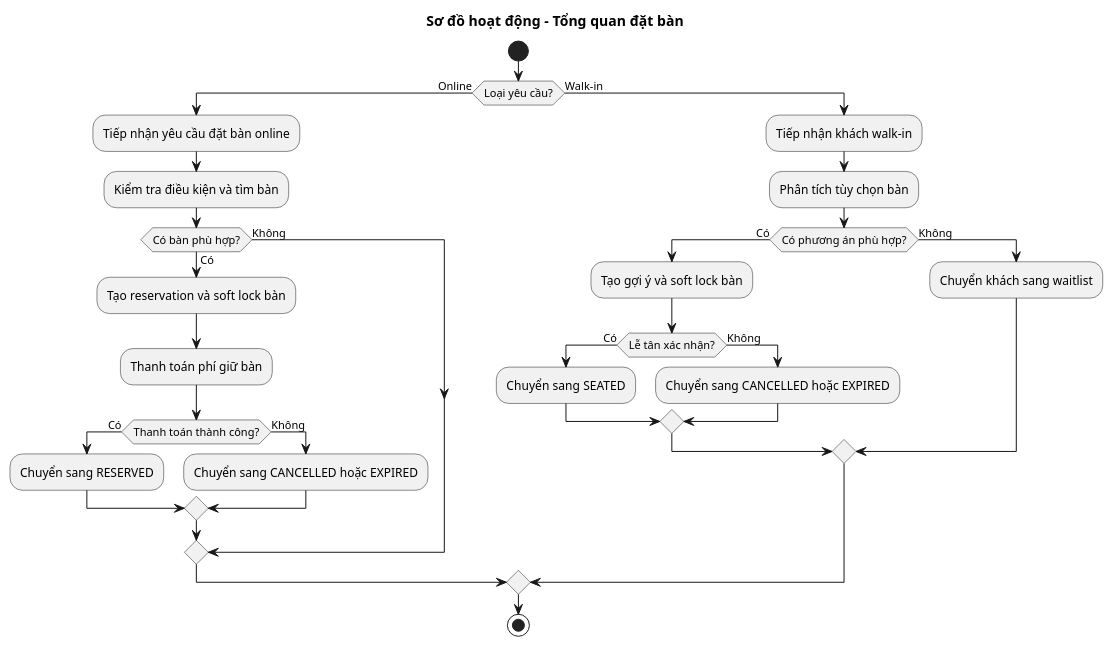
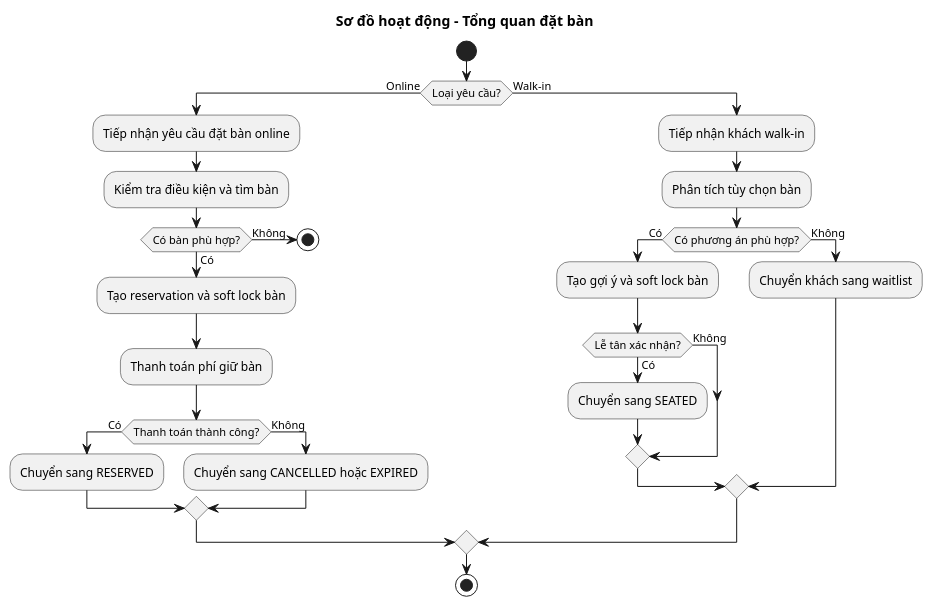
Before and after one commit to QuangLam0208/restaurant-reservation-system: the diagram in docs/uml/activity-booking.puml, drawn with PlantUML. The commit also changed 4 other files, not shown here.

```diff
--- a/docs/uml/activity-booking.puml
+++ b/docs/uml/activity-booking.puml
@@ -1,34 +1,34 @@
 @startuml
 title Sơ đồ hoạt động - Tổng quan đặt bàn
 skinparam conditionStyle inside
 
 start
 if (Loại yêu cầu?) then (Online)
   :Tiếp nhận yêu cầu đặt bàn online;
   :Kiểm tra điều kiện và tìm bàn;
   if (Có bàn phù hợp?) then (Có)
     :Tạo reservation và soft lock bàn;
     :Thanh toán phí giữ bàn;
     if (Thanh toán thành công?) then (Có)
       :Chuyển sang RESERVED;
     else (Không)
       :Chuyển sang CANCELLED hoặc EXPIRED;
     endif
   else (Không)
+  stop
   endif
 else (Walk-in)
   :Tiếp nhận khách walk-in;
   :Phân tích tùy chọn bàn;
   if (Có phương án phù hợp?) then (Có)
     :Tạo gợi ý và soft lock bàn;
     if (Lễ tân xác nhận?) then (Có)
       :Chuyển sang SEATED;
     else (Không)
-      :Chuyển sang CANCELLED hoặc EXPIRED;
     endif
   else (Không)
     :Chuyển khách sang waitlist;
   endif
 endif
 stop
 @enduml
```
